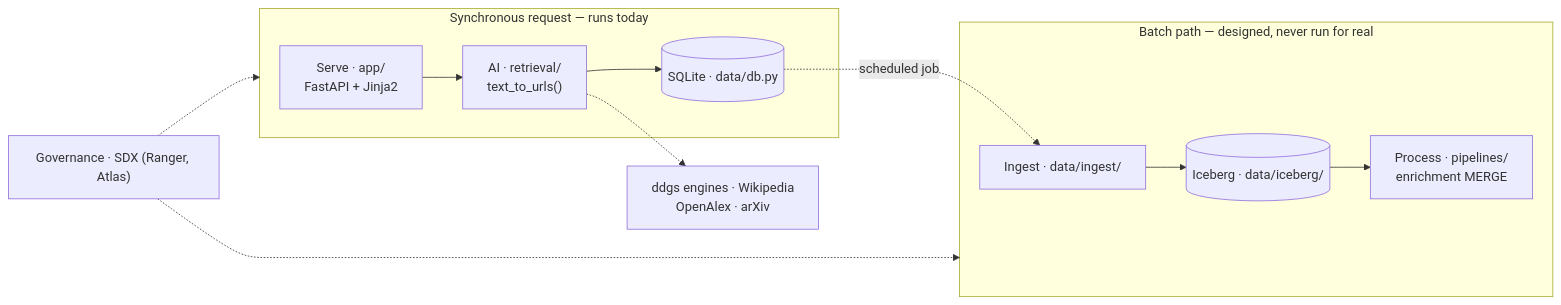
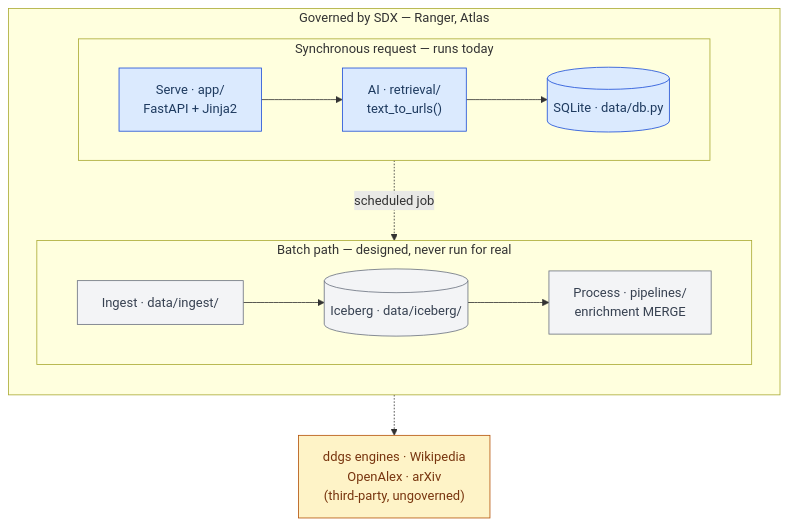
The diagram in README.md (masonjung/Cloudera_Source_Ledger), drawn with Mermaid before and after one commit. The commit also changed other lines of this file and 1 other file, not shown here.

Commit message:
suggested changes to README and ARCHITECTURE

````diff
--- a/README.md
+++ b/README.md
@@ -218,19 +212,23 @@
 ```mermaid
-flowchart LR
-    subgraph SYNC["Synchronous request — runs today"]
-        SERVE["Serve · app/<br/>FastAPI + Jinja2"]
-        AI["AI · retrieval/<br/>text_to_urls()"]
-        SQLITE[("SQLite · data/db.py")]
-        SERVE --> AI --> SQLITE
+flowchart TB
+    subgraph GOV["Governed by SDX — Ranger, Atlas"]
+        direction TB
+        subgraph SYNC["Synchronous request — runs today"]
+            direction LR
+            SERVE["Serve · app/<br/>FastAPI + Jinja2"] --> AI["AI · retrieval/<br/>text_to_urls()"] --> SQLITE[("SQLite · data/db.py")]
+        end
+        subgraph BATCH["Batch path — designed, never run for real"]
+            direction LR
+            INGEST["Ingest · data/ingest/"] --> ICEBERG[("Iceberg · data/iceberg/")] --> PROCESS["Process · pipelines/<br/>enrichment MERGE"]
+        end
+        SQLITE -. "scheduled job" .-> INGEST
     end
-    AI -.-> WEB["ddgs engines · Wikipedia<br/>OpenAlex · arXiv"]
-    subgraph BATCH["Batch path — designed, never run for real"]
-        INGEST["Ingest · data/ingest/"]
-        ICEBERG[("Iceberg · data/iceberg/")]
-        PROCESS["Process · pipelines/<br/>enrichment MERGE"]
-        INGEST --> ICEBERG --> PROCESS
-    end
-    SQLITE -. "scheduled job" .-> INGEST
-    GOV["Governance · SDX (Ranger, Atlas)"] -.-> SYNC
-    GOV -.-> BATCH
+    AI -.-> WEB["ddgs engines · Wikipedia<br/>OpenAlex · arXiv<br/>(third-party, ungoverned)"]
+
+    classDef sync fill:#dbeafe,stroke:#1d4ed8,color:#1e3a5f;
+    classDef batch fill:#f3f4f6,stroke:#6b7280,color:#374151;
+    classDef ext fill:#fef3c7,stroke:#b45309,color:#78350f;
+    class SERVE,AI,SQLITE sync;
+    class INGEST,ICEBERG,PROCESS batch;
+    class WEB ext;
 ```
````
